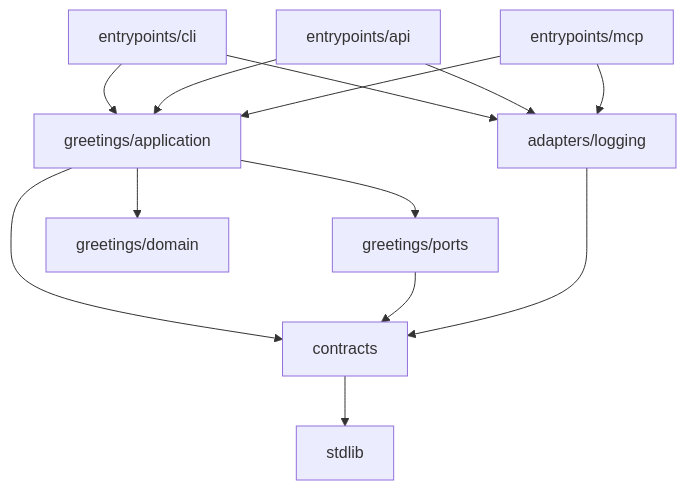
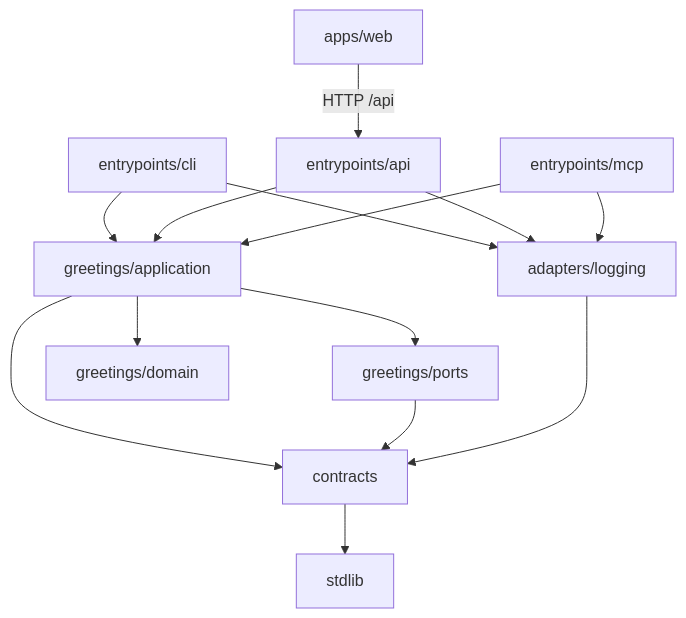
One commit to caliuf/py-boilerplate changed the diagram in docs/architecture/OVERVIEW.md. Above: the diagram before and after it, drawn with Mermaid. The commit also changed other lines of this file and 70 other files, not shown here.

````diff
--- a/docs/architecture/OVERVIEW.md
+++ b/docs/architecture/OVERVIEW.md
@@ -17,15 +17,16 @@
 ```mermaid
 flowchart TD
     CLI[entrypoints/cli] --> APP[greetings/application]
     API[entrypoints/api] --> APP
     MCP[entrypoints/mcp] --> APP
+    WEB[apps/web] -->|HTTP /api| API
     CLI --> ADP[adapters/logging]
     API --> ADP
     MCP --> ADP
     APP --> PORT[greetings/ports]
     APP --> CONTRACTS[contracts]
     PORT --> CONTRACTS
     APP --> DOMAIN[greetings/domain]
     ADP --> CONTRACTS
     CONTRACTS --> STDLIB[stdlib]
 ```
````
